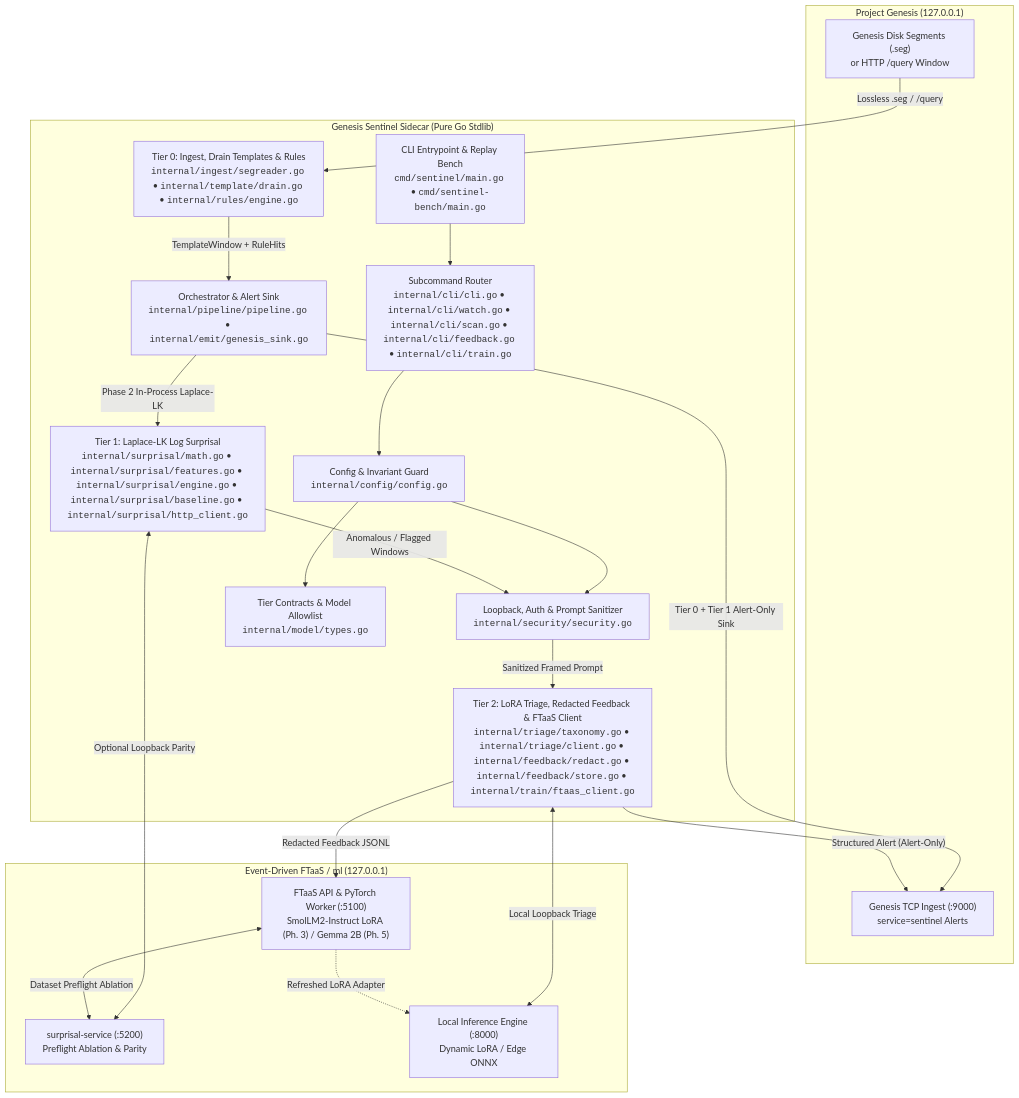
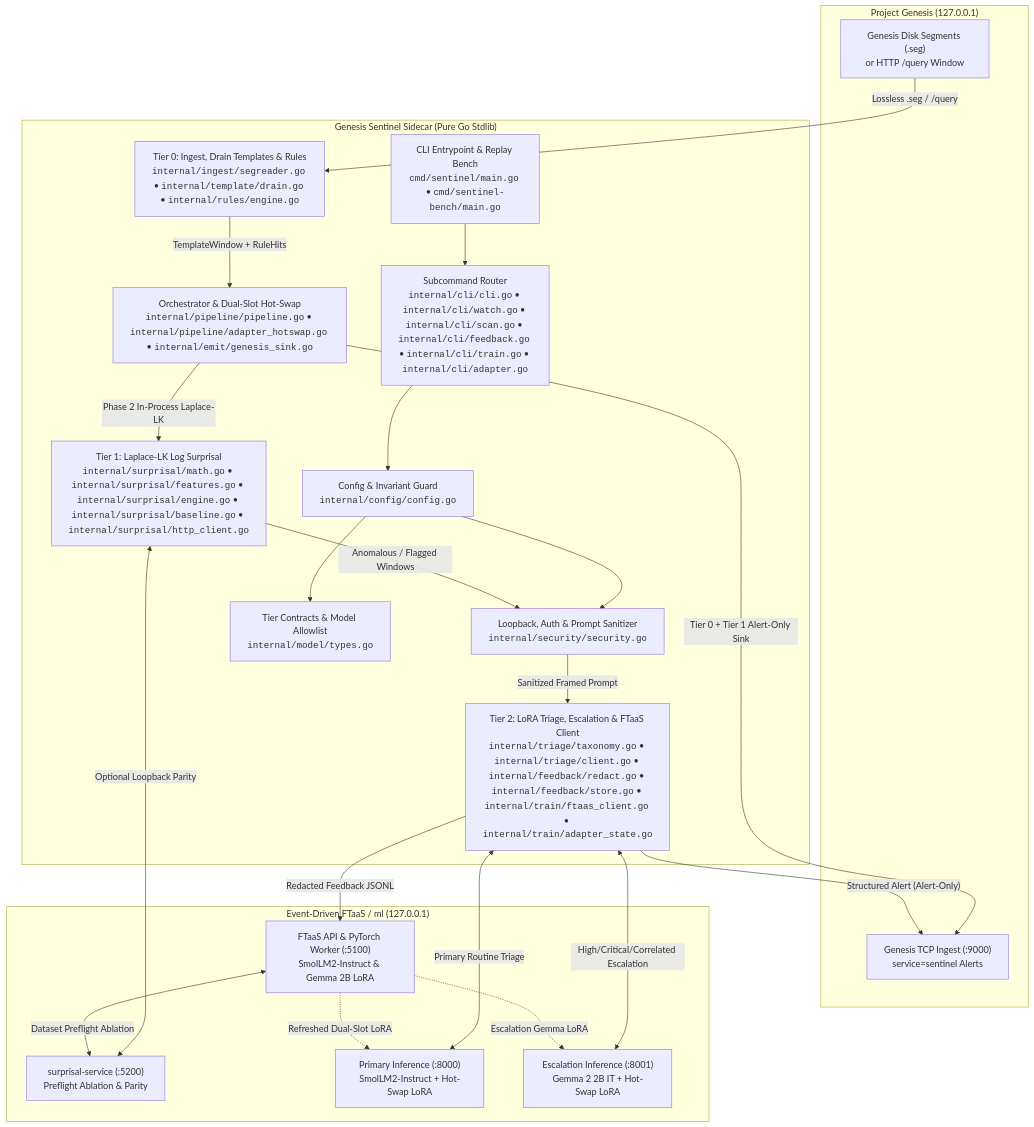
One commit to knowthankyew/genesis-sentinel changed the first of 2 diagrams in docs/ARCHITECTURE.md. Above: the diagram before and after it, drawn with Mermaid. The commit also changed other lines of this file and 9 other files, not shown here.

Commit message:
Phase 5: documentation, ADRs, claims registry, and SmolLM2 vs Gemma 2B comparison

````diff
--- a/docs/ARCHITECTURE.md
+++ b/docs/ARCHITECTURE.md
@@ -15,40 +15,43 @@
 ```mermaid
 flowchart TD
     subgraph GenesisHost["Project Genesis (127.0.0.1)"]
         Segs["Genesis Disk Segments (.seg)<br/>or HTTP /query Window"]
         GenSink["Genesis TCP Ingest (:9000)<br/>service=sentinel Alerts"]
     end
 
     subgraph SentinelCore["Genesis Sentinel Sidecar (Pure Go Stdlib)"]
         Entry["CLI Entrypoint & Replay Bench<br/><code>cmd/sentinel/main.go</code> &bull; <code>cmd/sentinel-bench/main.go</code>"]
-        CLI["Subcommand Router<br/><code>internal/cli/cli.go</code> &bull; <code>internal/cli/watch.go</code> &bull; <code>internal/cli/scan.go</code> &bull; <code>internal/cli/feedback.go</code> &bull; <code>internal/cli/train.go</code>"]
+        CLI["Subcommand Router<br/><code>internal/cli/cli.go</code> &bull; <code>internal/cli/watch.go</code> &bull; <code>internal/cli/scan.go</code> &bull; <code>internal/cli/feedback.go</code> &bull; <code>internal/cli/train.go</code> &bull; <code>internal/cli/adapter.go</code>"]
         Cfg["Config & Invariant Guard<br/><code>internal/config/config.go</code>"]
         Sec["Loopback, Auth & Prompt Sanitizer<br/><code>internal/security/security.go</code>"]
         Types["Tier Contracts & Model Allowlist<br/><code>internal/model/types.go</code>"]
         T0["Tier 0: Ingest, Drain Templates & Rules<br/><code>internal/ingest/segreader.go</code> &bull; <code>internal/template/drain.go</code> &bull; <code>internal/rules/engine.go</code>"]
-        Pipe["Orchestrator & Alert Sink<br/><code>internal/pipeline/pipeline.go</code> &bull; <code>internal/emit/genesis_sink.go</code>"]
+        Pipe["Orchestrator & Dual-Slot Hot-Swap<br/><code>internal/pipeline/pipeline.go</code> &bull; <code>internal/pipeline/adapter_hotswap.go</code> &bull; <code>internal/emit/genesis_sink.go</code>"]
         T1["Tier 1: Laplace-LK Log Surprisal<br/><code>internal/surprisal/math.go</code> &bull; <code>internal/surprisal/features.go</code> &bull; <code>internal/surprisal/engine.go</code> &bull; <code>internal/surprisal/baseline.go</code> &bull; <code>internal/surprisal/http_client.go</code>"]
-        T2["Tier 2: LoRA Triage, Redacted Feedback & FTaaS Client<br/><code>internal/triage/taxonomy.go</code> &bull; <code>internal/triage/client.go</code> &bull; <code>internal/feedback/redact.go</code> &bull; <code>internal/feedback/store.go</code> &bull; <code>internal/train/ftaas_client.go</code>"]
+        T2["Tier 2: LoRA Triage, Escalation & FTaaS Client<br/><code>internal/triage/taxonomy.go</code> &bull; <code>internal/triage/client.go</code> &bull; <code>internal/feedback/redact.go</code> &bull; <code>internal/feedback/store.go</code> &bull; <code>internal/train/ftaas_client.go</code> &bull; <code>internal/train/adapter_state.go</code>"]
     end
 
     subgraph MLHost["Event-Driven FTaaS / ml (127.0.0.1)"]
         SurpSvc["surprisal-service (:5200)<br/>Preflight Ablation & Parity"]
-        FTaaS["FTaaS API & PyTorch Worker (:5100)<br/>SmolLM2-Instruct LoRA (Ph. 3) / Gemma 2B (Ph. 5)"]
-        Infer["Local Inference Engine (:8000)<br/>Dynamic LoRA / Edge ONNX"]
+        FTaaS["FTaaS API & PyTorch Worker (:5100)<br/>SmolLM2-Instruct & Gemma 2B LoRA"]
+        Infer["Primary Inference (:8000)<br/>SmolLM2-Instruct + Hot-Swap LoRA"]
+        EscInfer["Escalation Inference (:8001)<br/>Gemma 2 2B IT + Hot-Swap LoRA"]
     end
 
     Entry --> CLI --> Cfg --> Sec
     Cfg --> Types
     Segs -->|"Lossless .seg / /query"| T0
     T0 -->|"TemplateWindow + RuleHits"| Pipe
     Pipe -->|"Tier 0 + Tier 1 Alert-Only Sink"| GenSink
     Pipe -->|"Phase 2 In-Process Laplace-LK"| T1
     T1 <-->|"Optional Loopback Parity"| SurpSvc
     T1 -->|"Anomalous / Flagged Windows"| Sec
     Sec -->|"Sanitized Framed Prompt"| T2
-    T2 <-->|"Local Loopback Triage"| Infer
+    T2 <-->|"Primary Routine Triage"| Infer
+    T2 <-->|"High/Critical/Correlated Escalation"| EscInfer
     T2 -->|"Structured Alert (Alert-Only)"| GenSink
     T2 -->|"Redacted Feedback JSONL"| FTaaS
     FTaaS <-->|"Dataset Preflight Ablation"| SurpSvc
-    FTaaS -.->|"Refreshed LoRA Adapter"| Infer
+    FTaaS -.->|"Refreshed Dual-Slot LoRA"| Infer
+    FTaaS -.->|"Escalation Gemma LoRA"| EscInfer
 ```
````
